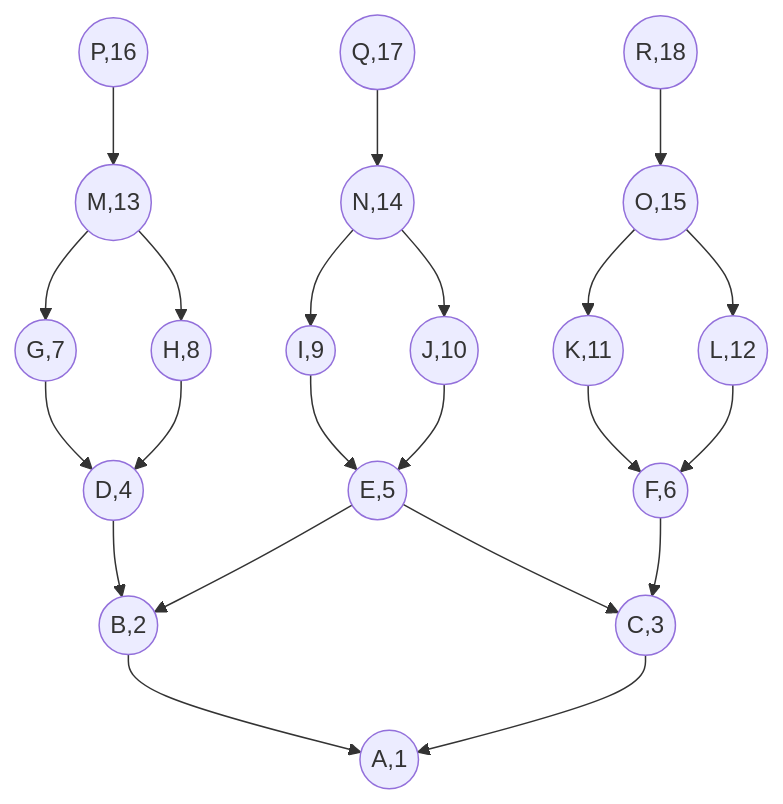
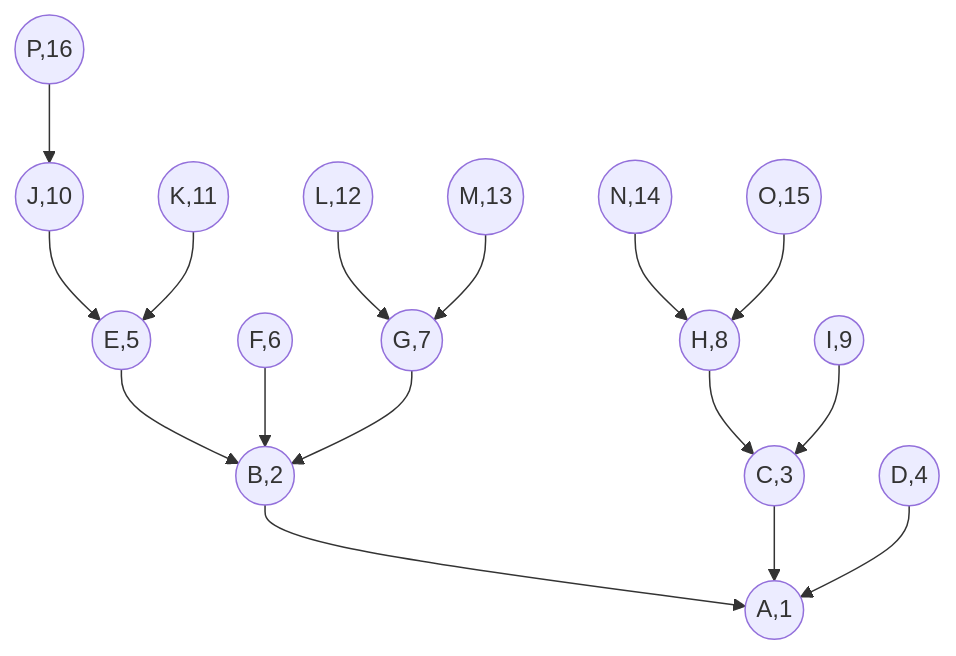
Before and after one commit to HSE-algo-23-crow/manual_tasks: the second of 3 diagrams in task_9/altyn_task_9.md, drawn with Mermaid. The commit also changed other lines of this file, not shown here.

```diff
--- a/task_9/altyn_task_9.md
+++ b/task_9/altyn_task_9.md
@@ -63,45 +36,18 @@
 ~~~mermaid
-graph  TB
-
-B((B,2))  -->  A((A,1))
-
+graph  TD
+B((B,1))  -->  A((A,1))
 C((C,3))  -->  A((A,1))
-
-D((D,4))  -->  B((B,2))
-
-E((E,5))  -->  C((C,3))
-
+D((D,4))  -->  A((A,1))
 E((E,5))  -->  B((B,2))
-
-F((F,6))  -->  C((C,3))
-
-G((G,7))  -->  D((D,4))
-
-H((H,8))  -->  D((D,4))
-
-I((I,9))  -->  E((E,5))
-
+F((F,6))  -->  B((B,2))
+P((P,16))  -->  J((J,10))
+G((G,7))  -->  B((B,2))
+H((H,8))  -->  C((C,3))
+I((I,9))  -->  C((C,3))
 J((J,10))  -->  E((E,5))
-
-K((K,11))  -->  F((F,6))
-
-L((L,12))  -->  F((F,6))
-
+K((K,11))  -->  E((E,5))
+L((L,12))  -->  G((G,7))
 M((M,13))  -->  G((G,7))
-
-M((M,13))  -->  H((H,8))
-
-N((N,14))  -->  I((I,9))
-
-N((N,14))  -->  J((J,10))
-
-O((O,15))  -->  K((K,11))
-
-O((O,15))  -->  L((L,12))
-
-P((P,16))  -->  M((M,13))
-
-Q((Q,17))  -->  N((N,14))
-
-R((R,18))  -->  O((O,15))
+N((N,14))  -->  H((H,8))
+O((O,15))  -->  H((H,8))
 ~~~
```
